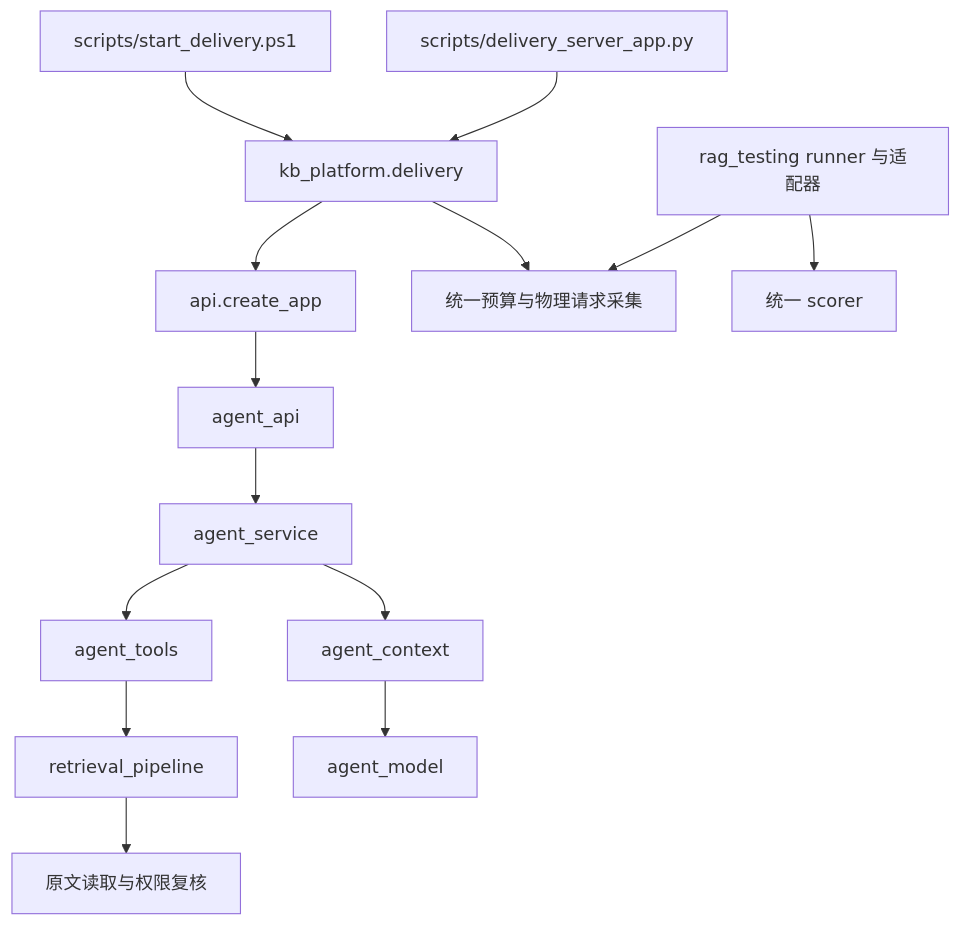
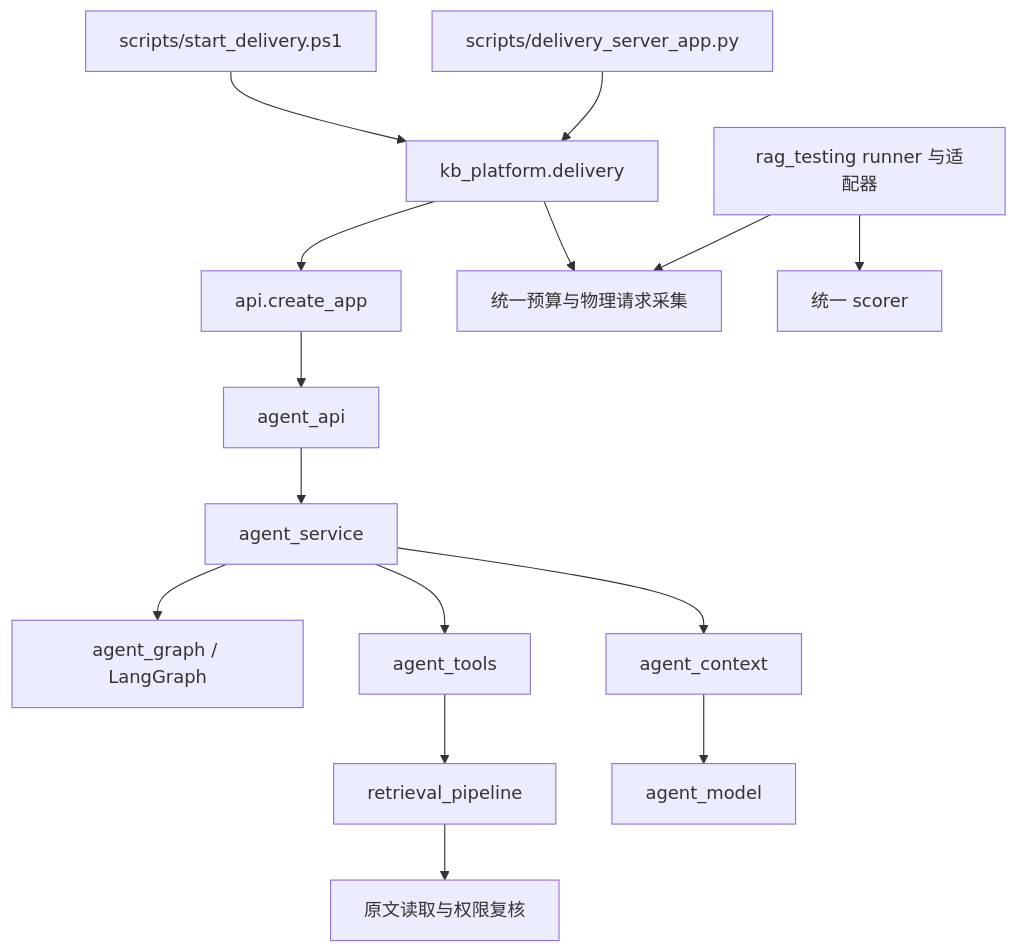
The first of 2 diagrams in docs/architecture.md (Hubujiu/evidence-kb), drawn with Mermaid before and after one commit. The commit also changed other lines of this file and 5 other files, not shown here.

Commit message:
refactor: schedule bounded agent workflow with LangGraph (#7)

````diff
--- a/docs/architecture.md
+++ b/docs/architecture.md
@@ -9,16 +9,17 @@
 ```mermaid
 flowchart TD
     Launcher[scripts/start_delivery.ps1] --> Delivery[kb_platform.delivery]
     CLI[scripts/delivery_server_app.py] --> Delivery
     Delivery --> API[api.create_app]
     API --> Routes[agent_api]
     Routes --> Agent[agent_service]
+    Agent --> Graph[agent_graph / LangGraph]
     Agent --> Gateway[agent_tools]
     Gateway --> Pipeline[retrieval_pipeline]
     Pipeline --> Evidence[原文读取与权限复核]
     Agent --> Context[agent_context]
     Context --> Model[agent_model]
     Delivery --> Shared[统一预算与物理请求采集]
     Eval[rag_testing runner 与适配器] --> Shared
     Eval --> Scorer[统一 scorer]
 ```
````
